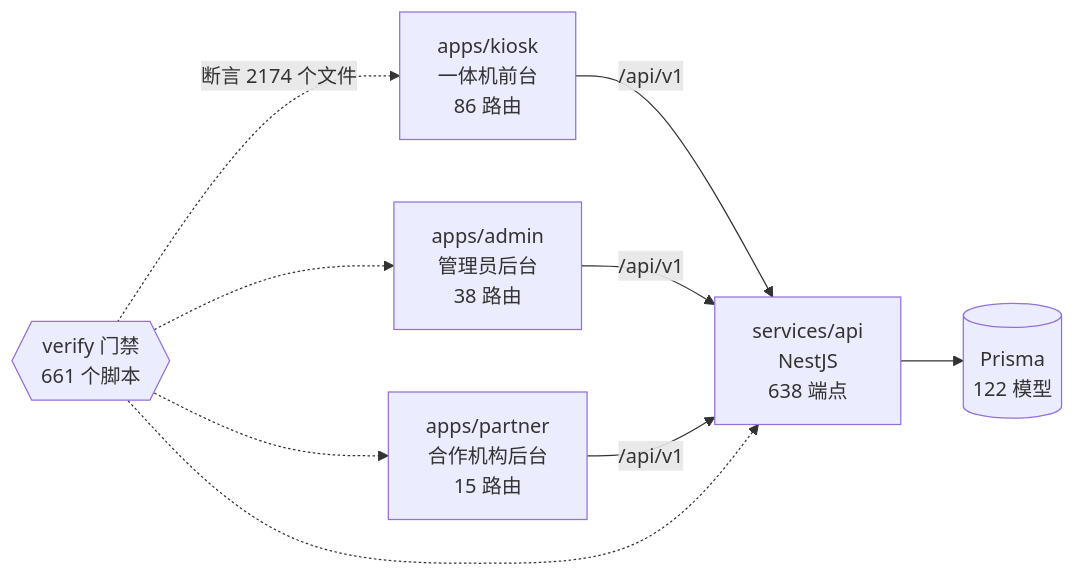
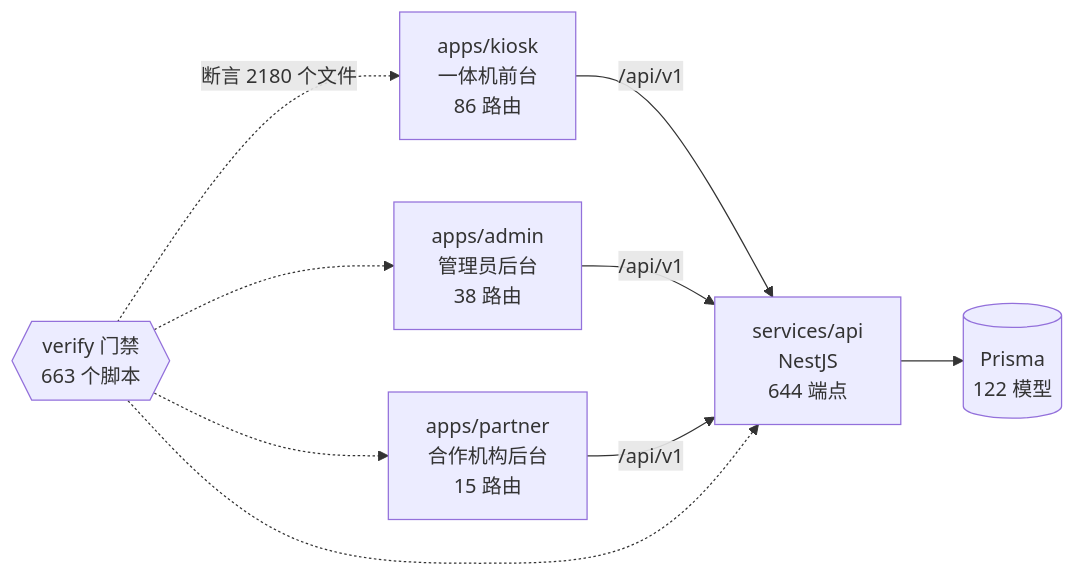
The diagram in docs/graph/README.md (wanglei581/YITIJI), drawn with Mermaid before and after one commit. The commit also changed other lines of this file and 5 other files, not shown here.

Commit message:
chore(graph)：登记机构告警真实 HTTP 用例与 CI 接线后重生图谱

````diff
--- a/docs/graph/README.md
+++ b/docs/graph/README.md
@@ -68,18 +68,18 @@
 ```mermaid
 flowchart LR
   kiosk["apps/kiosk<br/>一体机前台<br/>86 路由"]
   admin["apps/admin<br/>管理员后台<br/>38 路由"]
   partner["apps/partner<br/>合作机构后台<br/>15 路由"]
-  api["services/api<br/>NestJS<br/>638 端点"]
+  api["services/api<br/>NestJS<br/>644 端点"]
   db[("Prisma<br/>122 模型")]
-  gates{{"verify 门禁<br/>661 个脚本"}}
+  gates{{"verify 门禁<br/>663 个脚本"}}
 
   kiosk -->|"/api/v1"| api
   admin -->|"/api/v1"| api
   partner -->|"/api/v1"| api
   api --> db
-  gates -.->|"断言 2174 个文件"| kiosk
+  gates -.->|"断言 2180 个文件"| kiosk
   gates -.-> admin
   gates -.-> partner
   gates -.-> api
 ```
````
